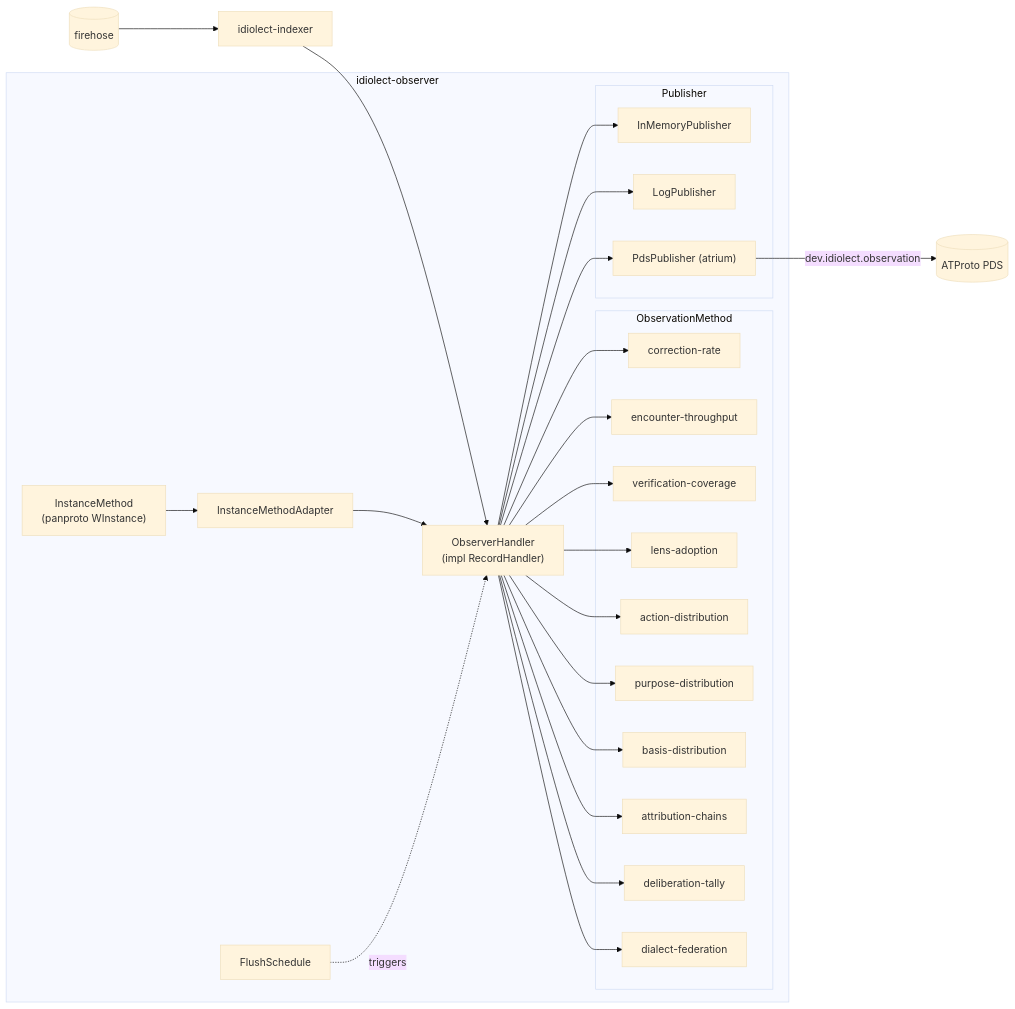
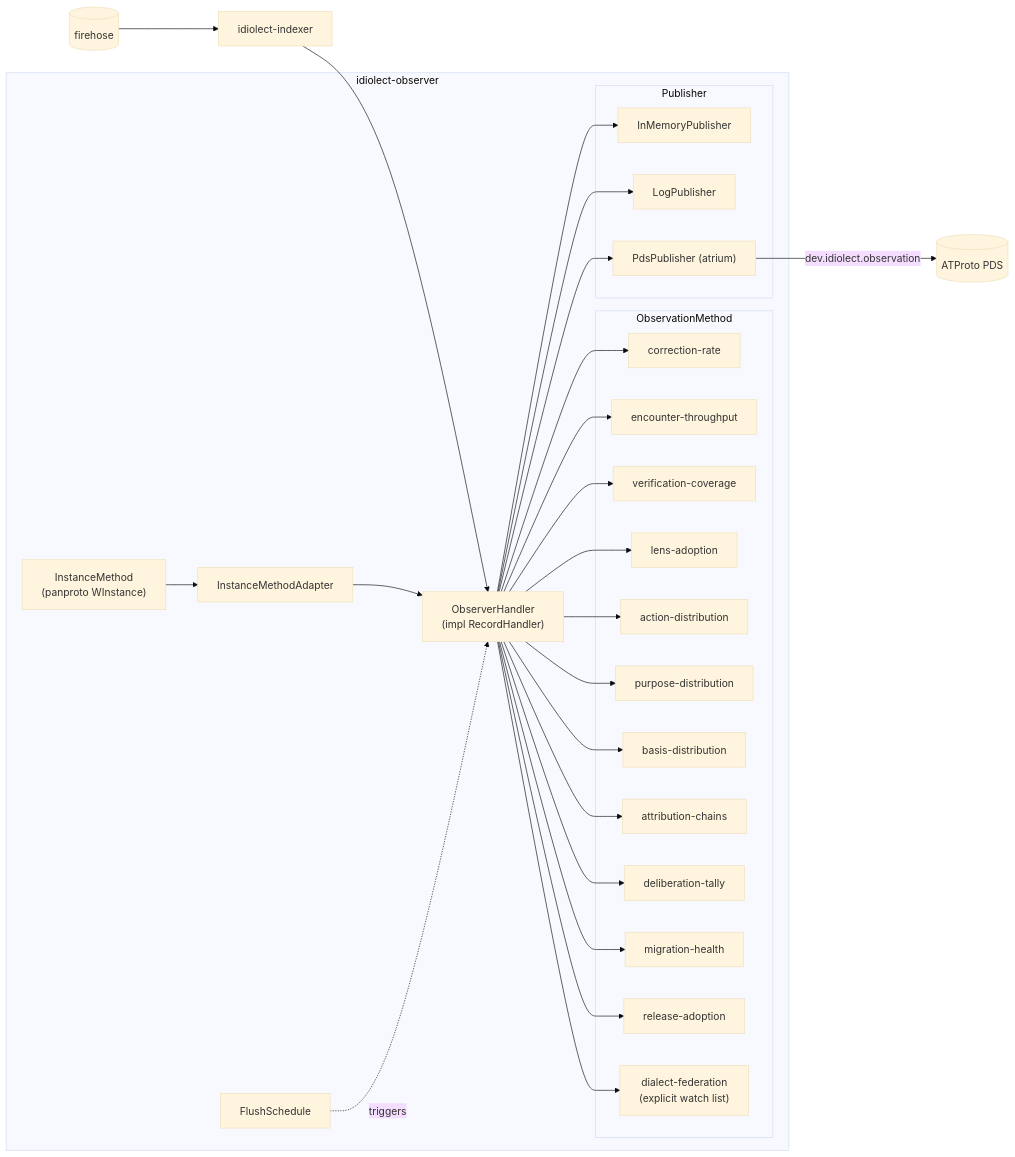
Before and after one commit to idiolect-dev/idiolect: the diagram in crates/idiolect-observer/README.md, drawn with Mermaid (base theme). The commit also changed other lines of this file and 142 other files, not shown here.

````diff
--- a/crates/idiolect-observer/README.md
+++ b/crates/idiolect-observer/README.md
@@ -16,49 +16,53 @@
 ```mermaid
 flowchart LR
     FH[("firehose")]
     IDX["idiolect-indexer"]
 
     subgraph observer["idiolect-observer"]
         OH["ObserverHandler<br/>(impl RecordHandler)"]
         subgraph methods["ObservationMethod"]
             M1["correction-rate"]
             M2["encounter-throughput"]
             M3["verification-coverage"]
             M4["lens-adoption"]
             M5["action-distribution"]
             M6["purpose-distribution"]
             M7["basis-distribution"]
             M8["attribution-chains"]
             M9["deliberation-tally"]
-            M10["dialect-federation"]
+            M10["migration-health"]
+            M11["release-adoption"]
+            MX["dialect-federation<br/>(explicit watch list)"]
         end
         IM["InstanceMethod<br/>(panproto WInstance)"]
         ADAPT["InstanceMethodAdapter"]
         FS["FlushSchedule"]
         subgraph pub["Publisher"]
             P1["InMemoryPublisher"]
             P2["LogPublisher"]
             P3["PdsPublisher (atrium)"]
         end
     end
 
     PDS[("ATProto PDS")]
 
     FH --> IDX --> OH
     OH --> M1
     OH --> M2
     OH --> M3
     OH --> M4
     OH --> M5
     OH --> M6
     OH --> M7
     OH --> M8
     OH --> M9
     OH --> M10
+    OH --> M11
+    OH --> MX
     IM --> ADAPT --> OH
     FS -.triggers.-> OH
     OH --> P1
     OH --> P2
     OH --> P3
     P3 -->|dev.idiolect.observation| PDS
 ```
````
